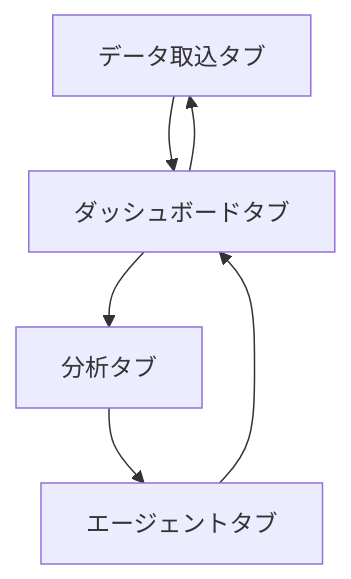
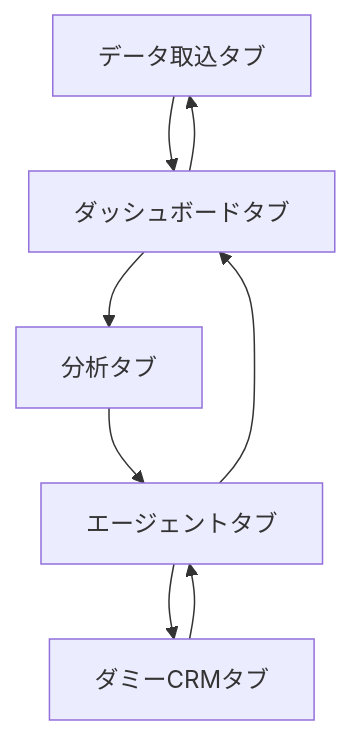
The first of 3 diagrams in category/StudyAI/doc/basic_design/system14_basic_design.md (colorlessno/study-hub), drawn with Mermaid before and after one commit. The commit also changed other lines of this file and 16 other files, not shown here.

````diff
--- a/category/StudyAI/doc/basic_design/system14_basic_design.md
+++ b/category/StudyAI/doc/basic_design/system14_basic_design.md
@@ -234,8 +264,10 @@
 ```mermaid
 flowchart TD
     A[データ取込タブ] --> B[ダッシュボードタブ]
     B --> C[分析タブ]
     C --> D[エージェントタブ]
+    D --> E[ダミーCRMタブ]
+    E --> D
     D --> B
     B --> A
 ```
````
